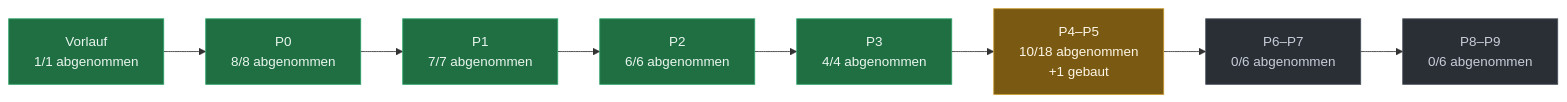
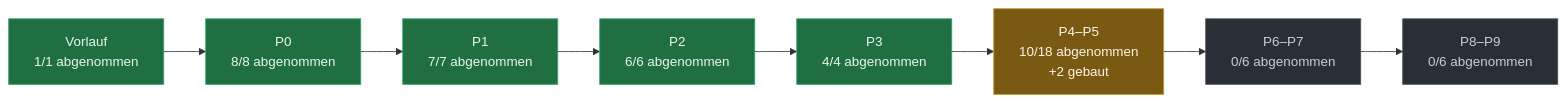
The diagram in docs/PLAN-STAND.md (evenacadia-tech/Nakama), drawn with Mermaid before and after one commit. The commit also changed other lines of this file, not shown here.

````diff
--- a/docs/PLAN-STAND.md
+++ b/docs/PLAN-STAND.md
@@ -37,21 +37,21 @@
 ```mermaid
 flowchart LR
   P0["Vorlauf<br/>1/1 abgenommen"]:::fertig
   P1["P0<br/>8/8 abgenommen"]:::fertig
   P0 --> P1
   P2["P1<br/>7/7 abgenommen"]:::fertig
   P1 --> P2
   P3["P2<br/>6/6 abgenommen"]:::fertig
   P2 --> P3
   P4["P3<br/>4/4 abgenommen"]:::fertig
   P3 --> P4
-  P5["P4–P5<br/>10/18 abgenommen<br/>+1 gebaut"]:::laeuft
+  P5["P4–P5<br/>10/18 abgenommen<br/>+2 gebaut"]:::laeuft
   P4 --> P5
   P6["P6–P7<br/>0/6 abgenommen"]:::offen
   P5 --> P6
   P7["P8–P9<br/>0/6 abgenommen"]:::offen
   P6 --> P7
   classDef fertig fill:#1f6f43,stroke:#2ea36a,color:#eaf6ef
   classDef laeuft fill:#7a5a12,stroke:#c99a2e,color:#fdf6e6
   classDef offen  fill:#2a2f36,stroke:#4a525c,color:#c7ced8
 ```
````
